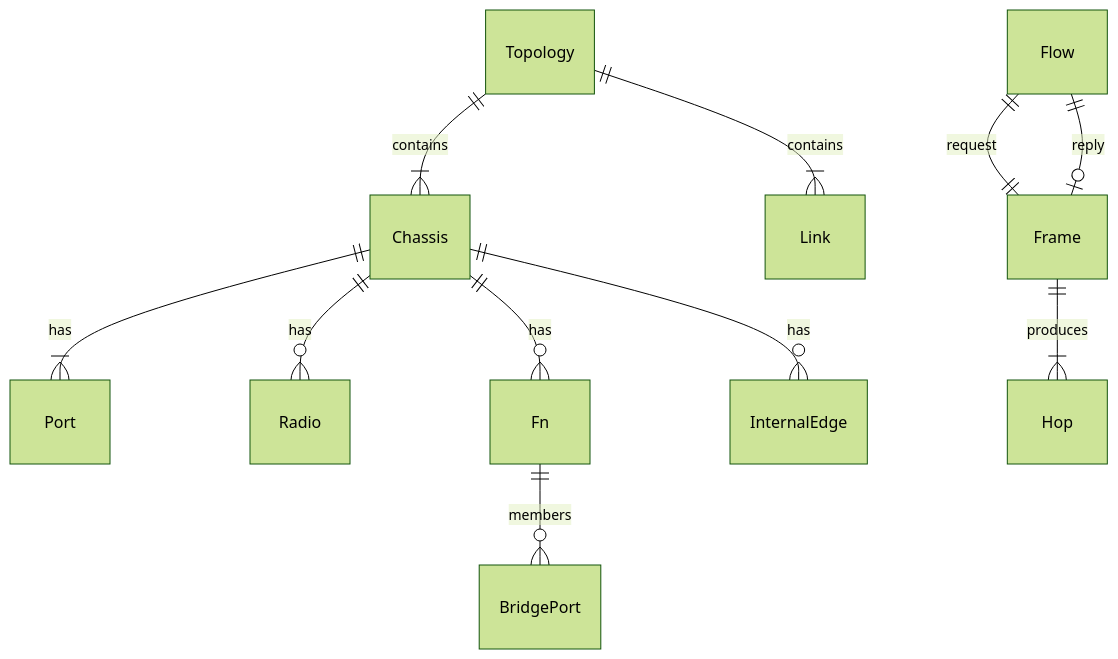
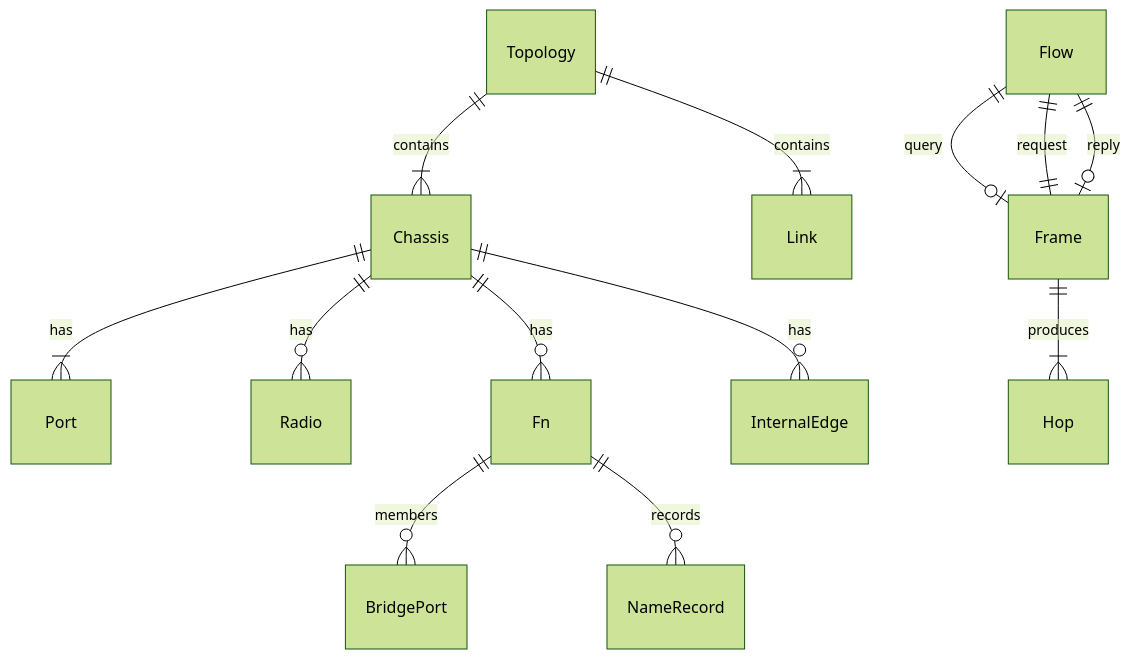
The fourth of 4 diagrams in docs/architecture.md (alanfong93/network-sandbox), drawn with Mermaid (forest theme) before and after one commit. The commit also changed other lines of this file and 23 other files, not shown here.

````diff
--- a/docs/architecture.md
+++ b/docs/architecture.md
@@ -218,13 +222,15 @@
 ```mermaid
 erDiagram
     Topology ||--|{ Chassis : contains
     Topology ||--|{ Link : contains
     Chassis ||--|{ Port : has
     Chassis ||--o{ Radio : has
     Chassis ||--o{ Fn : has
     Chassis ||--o{ InternalEdge : has
     Fn ||--o{ BridgePort : members
+    Fn ||--o{ NameRecord : records
     Frame ||--|{ Hop : produces
+    Flow ||--o| Frame : query
     Flow ||--|| Frame : request
     Flow ||--o| Frame : reply
 ```
````
